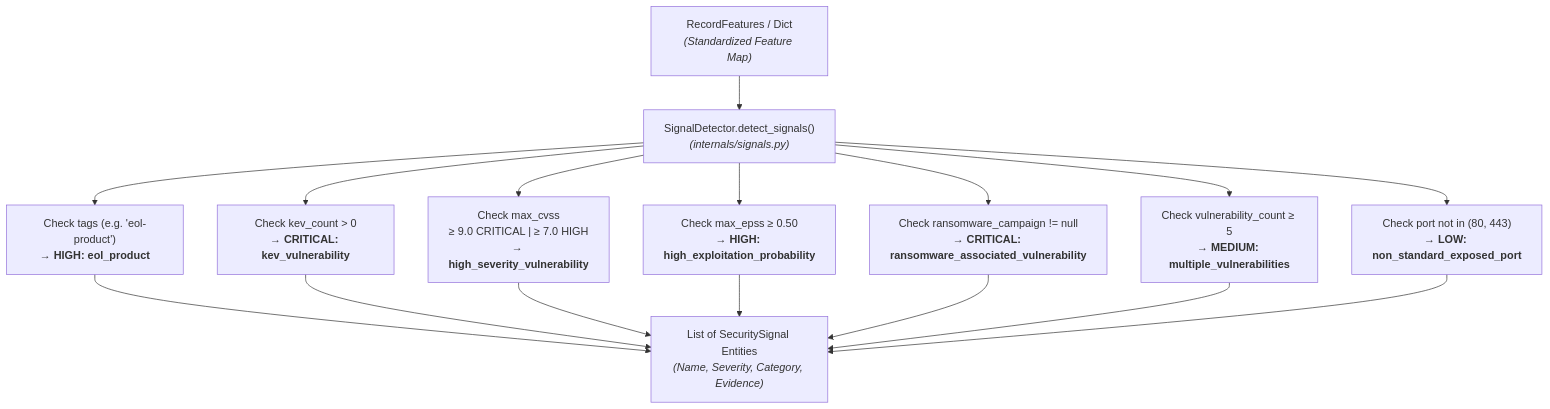
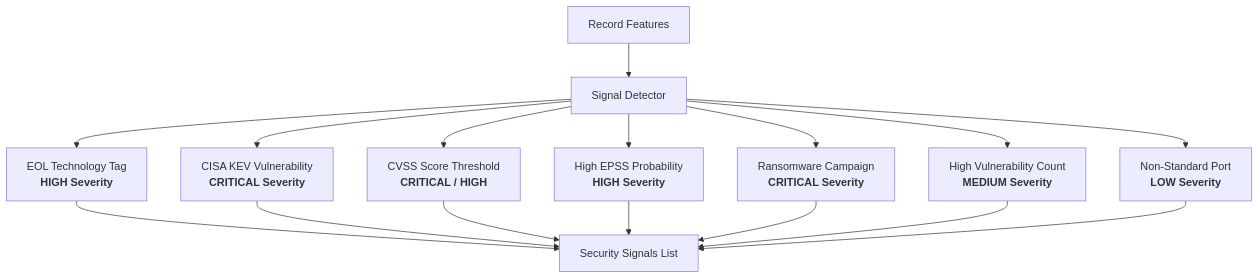
Before and after one commit to dev-anuj007/cyber_intel: the third of 4 diagrams in backend/src/services/aggregator/README.md, drawn with Mermaid. The commit also changed other lines of this file, not shown here.

````diff
--- a/backend/src/services/aggregator/README.md
+++ b/backend/src/services/aggregator/README.md
@@ -80,18 +80,18 @@
 ```mermaid
 flowchart TD
-    Feat["RecordFeatures / Dict<br/><i>(Standardized Feature Map)</i>"] --> SigDet["SignalDetector.detect_signals()<br/><i>(internals/signals.py)</i>"]
-    SigDet --> Tech["Check tags (e.g. 'eol-product')<br/>&rarr; <b>HIGH: eol_product</b>"]
-    SigDet --> KEV["Check kev_count > 0<br/>&rarr; <b>CRITICAL: kev_vulnerability</b>"]
-    SigDet --> CVSS["Check max_cvss<br/>&ge; 9.0 CRITICAL | &ge; 7.0 HIGH<br/>&rarr; <b>high_severity_vulnerability</b>"]
-    SigDet --> EPSS["Check max_epss &ge; 0.50<br/>&rarr; <b>HIGH: high_exploitation_probability</b>"]
-    SigDet --> Ransom["Check ransomware_campaign != null<br/>&rarr; <b>CRITICAL: ransomware_associated_vulnerability</b>"]
-    SigDet --> VulnCount["Check vulnerability_count &ge; 5<br/>&rarr; <b>MEDIUM: multiple_vulnerabilities</b>"]
-    SigDet --> Ports["Check port not in (80, 443)<br/>&rarr; <b>LOW: non_standard_exposed_port</b>"]
-    Tech --> Signals["List of SecuritySignal Entities<br/><i>(Name, Severity, Category, Evidence)</i>"]
+    Feat["Record Features"] --> SigDet["Signal Detector"]
+    SigDet --> Tech["EOL Technology Tag<br/><b>HIGH Severity</b>"]
+    SigDet --> KEV["CISA KEV Vulnerability<br/><b>CRITICAL Severity</b>"]
+    SigDet --> CVSS["CVSS Score Threshold<br/><b>CRITICAL / HIGH</b>"]
+    SigDet --> EPSS["High EPSS Probability<br/><b>HIGH Severity</b>"]
+    SigDet --> Ransom["Ransomware Campaign<br/><b>CRITICAL Severity</b>"]
+    SigDet --> VulnCount["High Vulnerability Count<br/><b>MEDIUM Severity</b>"]
+    SigDet --> Ports["Non-Standard Port<br/><b>LOW Severity</b>"]
+    Tech --> Signals["Security Signals List"]
     KEV --> Signals
     CVSS --> Signals
     EPSS --> Signals
     Ransom --> Signals
     VulnCount --> Signals
     Ports --> Signals
 ```
````
